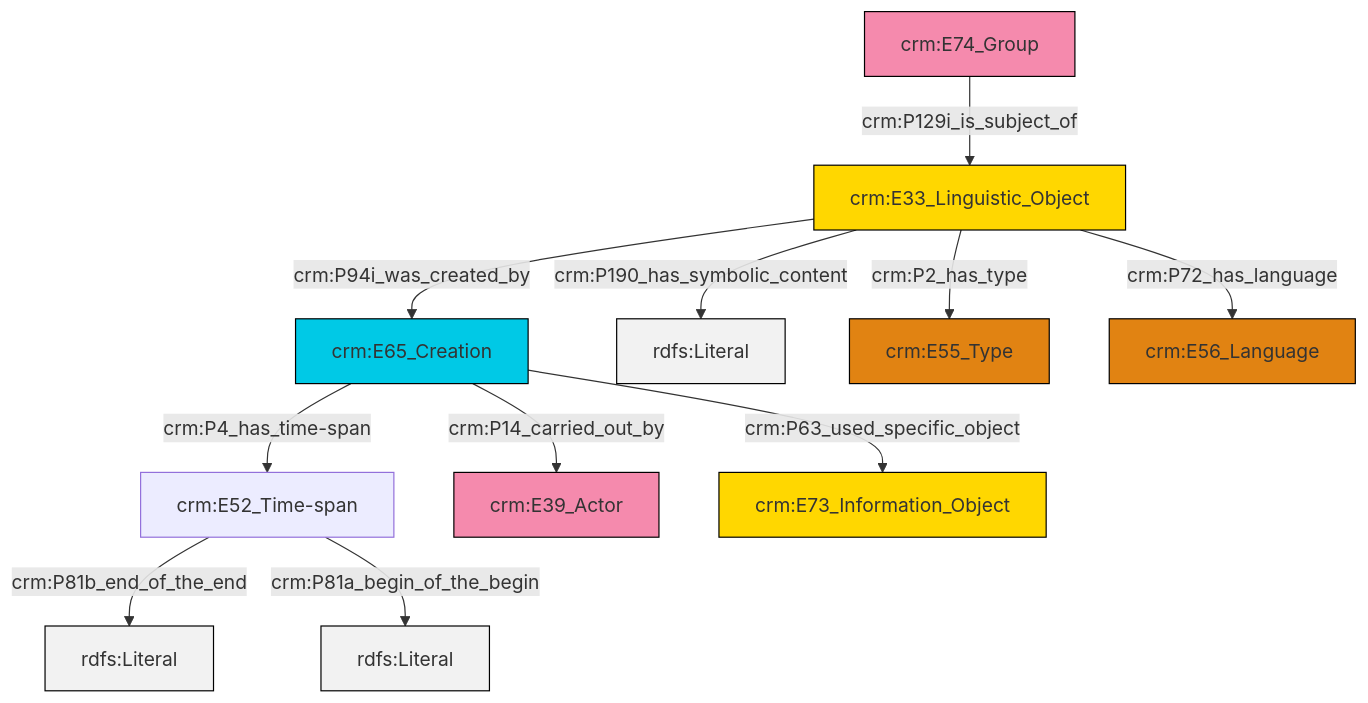
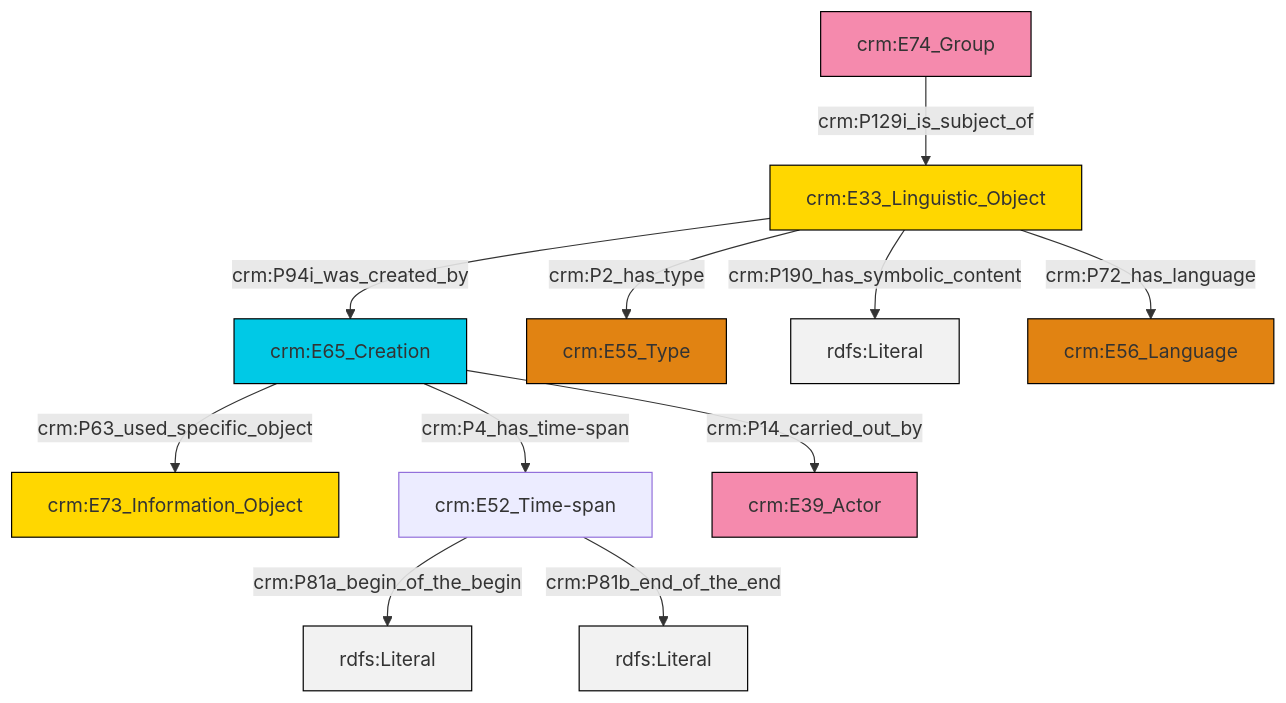
One commit to swiss-art-research-net/docs.swissartresearch changed the diagram in et/groupCSV/ttl/mmd/group_description.ttl.mmd. Above: the diagram before and after it, drawn with Mermaid. The commit also changed 176 other files, not shown here.

```diff
--- a/et/groupCSV/ttl/mmd/group_description.ttl.mmd
+++ b/et/groupCSV/ttl/mmd/group_description.ttl.mmd
@@ -1,25 +1,25 @@
 graph TD
 classDef Literal fill:#f2f2f2,stroke:#000000;
 classDef CRM_Entity fill:#FFFFFF,stroke:#000000;
 classDef Temporal_Entity fill:#00C9E6, stroke:#000000;
 classDef Type fill:#E18312, stroke:#000000;
 classDef Time-Span fill:#2C9C91, stroke:#000000;
 classDef Appellation fill:#FFEB7F, stroke:#000000;
 classDef Place fill:#008836, stroke:#000000;
 classDef Persistent_Item fill:#B266B2, stroke:#000000;
 classDef Conceptual_Object fill:#FFD700, stroke:#000000;
 classDef Physical_Thing fill:#D2B48C, stroke:#000000;
 classDef Actor fill:#f58aad, stroke:#000000;
 classDef PC_Classes fill:#4ce600, stroke:#000000;
 classDef Multi fill:#cccccc,stroke:#000000;
 
-2["crm:E33_Linguistic_Object"]:::Conceptual_Object -->|crm:P190_has_symbolic_content| 3[rdfs:Literal]:::Literal
-2["crm:E33_Linguistic_Object"]:::Conceptual_Object -->|crm:P94i_was_created_by| 0["crm:E65_Creation"]:::Temporal_Entity
-2["crm:E33_Linguistic_Object"]:::Conceptual_Object -->|crm:P72_has_language| 8["crm:E56_Language"]:::Type
-0["crm:E65_Creation"]:::Temporal_Entity -->|crm:P4_has_time-span| 4["crm:E52_Time-span"]:::Default
-9["crm:E74_Group"]:::Actor -->|crm:P129i_is_subject_of| 2["crm:E33_Linguistic_Object"]:::Conceptual_Object
-2["crm:E33_Linguistic_Object"]:::Conceptual_Object -->|crm:P2_has_type| 6["crm:E55_Type"]:::Type
-0["crm:E65_Creation"]:::Temporal_Entity -->|crm:P14_carried_out_by| 11["crm:E39_Actor"]:::Actor
-4["crm:E52_Time-span"]:::Default -->|crm:P81b_end_of_the_end| 12[rdfs:Literal]:::Literal
-4["crm:E52_Time-span"]:::Default -->|crm:P81a_begin_of_the_begin| 17[rdfs:Literal]:::Literal
-0["crm:E65_Creation"]:::Temporal_Entity -->|crm:P63_used_specific_object| 15["crm:E73_Information_Object"]:::Conceptual_Object
+2["crm:E65_Creation"]:::Temporal_Entity -->|crm:P63_used_specific_object| 3["crm:E73_Information_Object"]:::Conceptual_Object
+2["crm:E65_Creation"]:::Temporal_Entity -->|crm:P4_has_time-span| 5["crm:E52_Time-span"]:::Default
+2["crm:E65_Creation"]:::Temporal_Entity -->|crm:P14_carried_out_by| 6["crm:E39_Actor"]:::Actor
+5["crm:E52_Time-span"]:::Default -->|crm:P81a_begin_of_the_begin| 7[rdfs:Literal]:::Literal
+0["crm:E33_Linguistic_Object"]:::Conceptual_Object -->|crm:P2_has_type| 8["crm:E55_Type"]:::Type
+0["crm:E33_Linguistic_Object"]:::Conceptual_Object -->|crm:P190_has_symbolic_content| 9[rdfs:Literal]:::Literal
+0["crm:E33_Linguistic_Object"]:::Conceptual_Object -->|crm:P72_has_language| 10["crm:E56_Language"]:::Type
+11["crm:E74_Group"]:::Actor -->|crm:P129i_is_subject_of| 0["crm:E33_Linguistic_Object"]:::Conceptual_Object
+0["crm:E33_Linguistic_Object"]:::Conceptual_Object -->|crm:P94i_was_created_by| 2["crm:E65_Creation"]:::Temporal_Entity
+5["crm:E52_Time-span"]:::Default -->|crm:P81b_end_of_the_end| 18[rdfs:Literal]:::Literal
```
